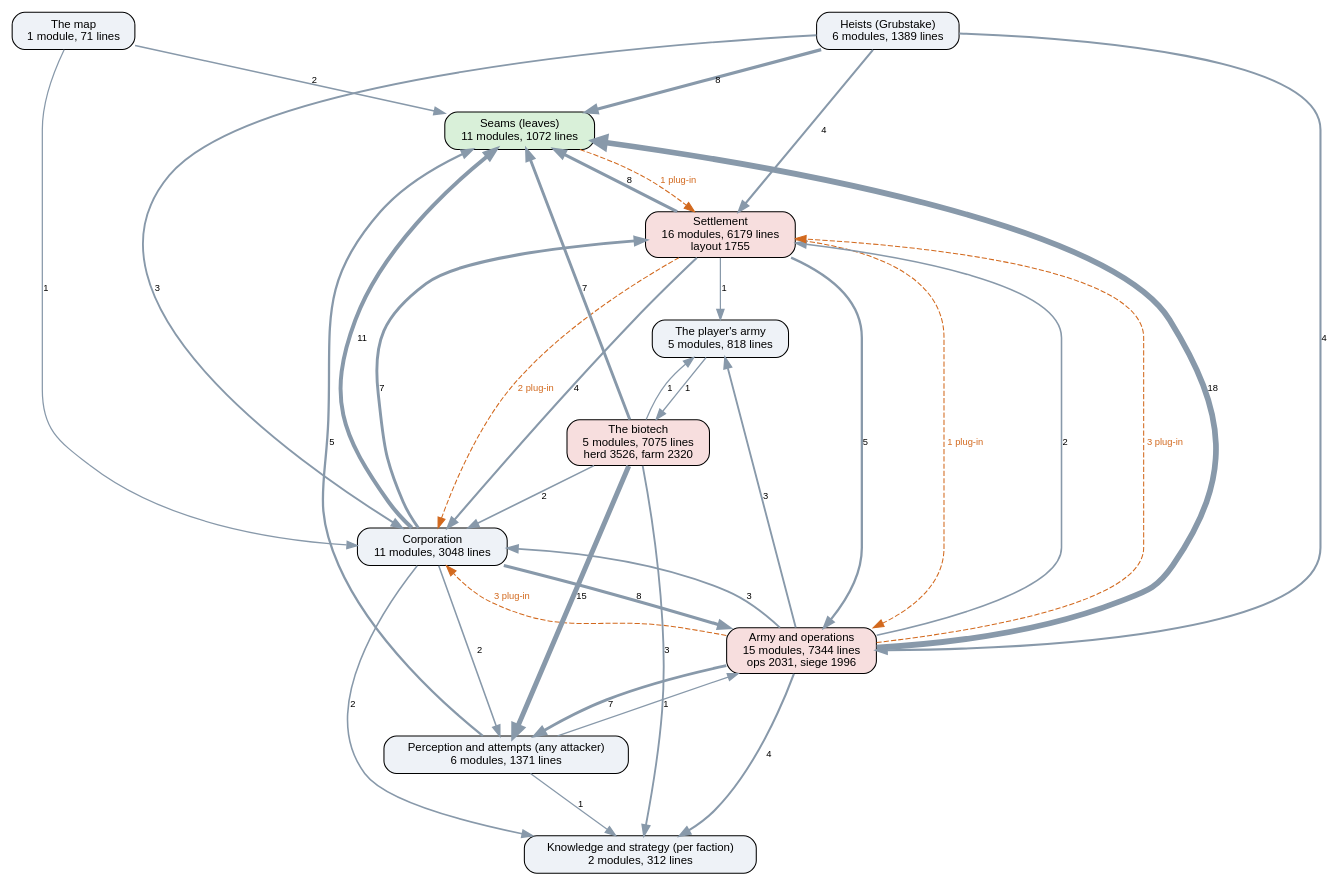
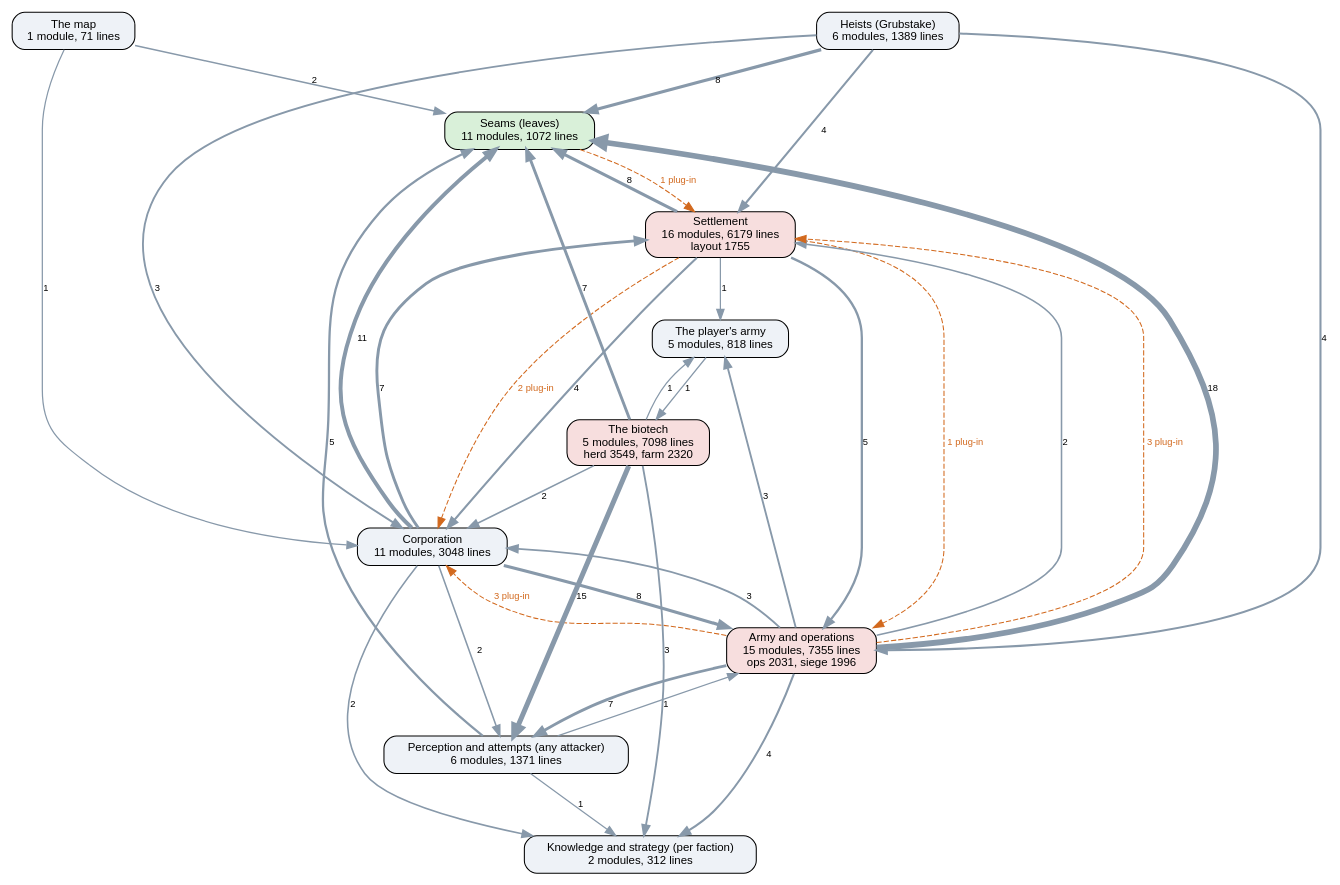
The diagram in docs/ai-layers.dot (kinelhu/landing-party), drawn with Graphviz before and after one commit. The commit also changed 9 other files, not shown here.

```diff
--- a/docs/ai-layers.dot
+++ b/docs/ai-layers.dot
@@ -1,50 +1,50 @@
 digraph layers {
   graph [rankdir=TB, fontname="Helvetica", nodesep=0.5, ranksep=0.7];
   node [shape=box, style="rounded,filled", fontname="Helvetica", fontsize=11, fillcolor="#eef2f7"];
   edge [color="#8899aa", fontname="Helvetica", fontsize=9];
   "Seams (leaves)" [label="Seams (leaves)\n11 modules, 1072 lines", fillcolor="#d9f0d9"];
   "Perception and attempts (any attacker)" [label="Perception and attempts (any attacker)\n6 modules, 1371 lines", fillcolor="#eef2f7"];
   "Knowledge and strategy (per faction)" [label="Knowledge and strategy (per faction)\n2 modules, 312 lines", fillcolor="#eef2f7"];
   "Corporation" [label="Corporation\n11 modules, 3048 lines", fillcolor="#eef2f7"];
   "Settlement" [label="Settlement\n16 modules, 6179 lines\nlayout 1755", fillcolor="#f7dede"];
-  "Army and operations" [label="Army and operations\n15 modules, 7344 lines\nops 2031, siege 1996", fillcolor="#f7dede"];
+  "Army and operations" [label="Army and operations\n15 modules, 7355 lines\nops 2031, siege 1996", fillcolor="#f7dede"];
   "Heists (Grubstake)" [label="Heists (Grubstake)\n6 modules, 1389 lines", fillcolor="#eef2f7"];
-  "The biotech" [label="The biotech\n5 modules, 7075 lines\nherd 3526, farm 2320", fillcolor="#f7dede"];
+  "The biotech" [label="The biotech\n5 modules, 7098 lines\nherd 3549, farm 2320", fillcolor="#f7dede"];
   "The map" [label="The map\n1 module, 71 lines", fillcolor="#eef2f7"];
   "The player's army" [label="The player's army\n5 modules, 818 lines", fillcolor="#eef2f7"];
   "Army and operations" -> "Corporation" [label="3", penwidth=1.8];
   "Army and operations" -> "Knowledge and strategy (per faction)" [label="4", penwidth=2.0];
   "Army and operations" -> "Perception and attempts (any attacker)" [label="7", penwidth=2.8];
   "Army and operations" -> "Seams (leaves)" [label="18", penwidth=5.5];
   "Army and operations" -> "Settlement" [label="2", penwidth=1.5];
   "Army and operations" -> "The player's army" [label="3", penwidth=1.8];
   "Corporation" -> "Army and operations" [label="8", penwidth=3.0];
   "Corporation" -> "Knowledge and strategy (per faction)" [label="2", penwidth=1.5];
   "Corporation" -> "Perception and attempts (any attacker)" [label="2", penwidth=1.5];
   "Corporation" -> "Seams (leaves)" [label="11", penwidth=3.8];
   "Corporation" -> "Settlement" [label="7", penwidth=2.8];
   "Heists (Grubstake)" -> "Army and operations" [label="4", penwidth=2.0];
   "Heists (Grubstake)" -> "Corporation" [label="3", penwidth=1.8];
   "Heists (Grubstake)" -> "Seams (leaves)" [label="8", penwidth=3.0];
   "Heists (Grubstake)" -> "Settlement" [label="4", penwidth=2.0];
   "Perception and attempts (any attacker)" -> "Army and operations" [label="1", penwidth=1.2];
   "Perception and attempts (any attacker)" -> "Knowledge and strategy (per faction)" [label="1", penwidth=1.2];
   "Perception and attempts (any attacker)" -> "Seams (leaves)" [label="5", penwidth=2.2];
   "Settlement" -> "Army and operations" [label="5", penwidth=2.2];
   "Settlement" -> "Corporation" [label="4", penwidth=2.0];
   "Settlement" -> "Seams (leaves)" [label="8", penwidth=3.0];
   "Settlement" -> "The player's army" [label="1", penwidth=1.2];
   "The biotech" -> "Corporation" [label="2", penwidth=1.5];
   "The biotech" -> "Knowledge and strategy (per faction)" [label="3", penwidth=1.8];
   "The biotech" -> "Perception and attempts (any attacker)" [label="15", penwidth=4.8];
   "The biotech" -> "Seams (leaves)" [label="7", penwidth=2.8];
   "The biotech" -> "The player's army" [label="1", penwidth=1.2];
   "The map" -> "Corporation" [label="1", penwidth=1.2];
   "The map" -> "Seams (leaves)" [label="2", penwidth=1.5];
   "The player's army" -> "The biotech" [label="1", penwidth=1.2];
   "Army and operations" -> "Corporation" [style=dashed, color="#d2691e", fontcolor="#d2691e", label="3 plug-in"];
   "Army and operations" -> "Settlement" [style=dashed, color="#d2691e", fontcolor="#d2691e", label="3 plug-in"];
   "Seams (leaves)" -> "Settlement" [style=dashed, color="#d2691e", fontcolor="#d2691e", label="1 plug-in"];
   "Settlement" -> "Army and operations" [style=dashed, color="#d2691e", fontcolor="#d2691e", label="1 plug-in"];
   "Settlement" -> "Corporation" [style=dashed, color="#d2691e", fontcolor="#d2691e", label="2 plug-in"];
 }
```
